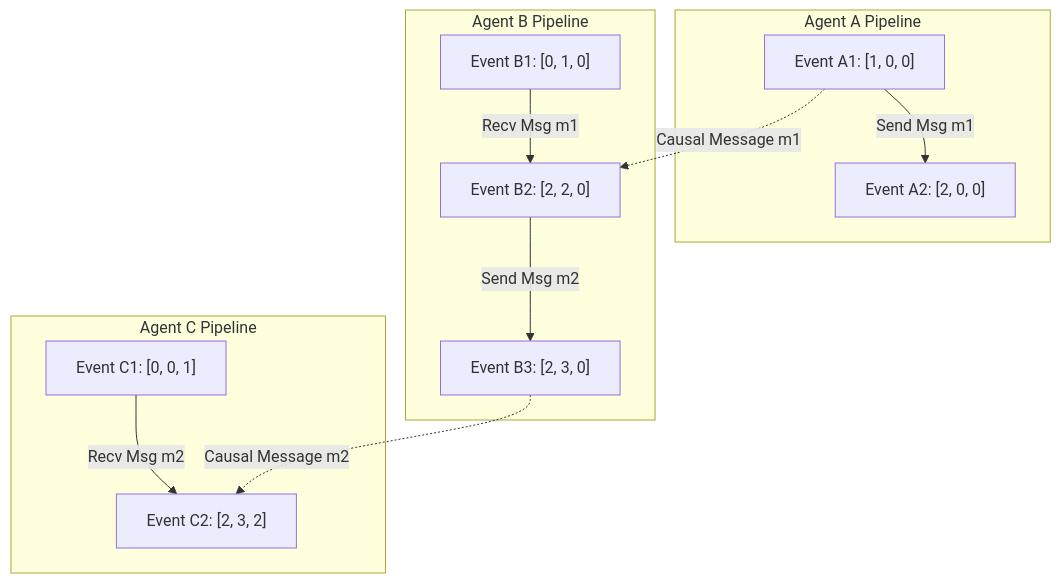
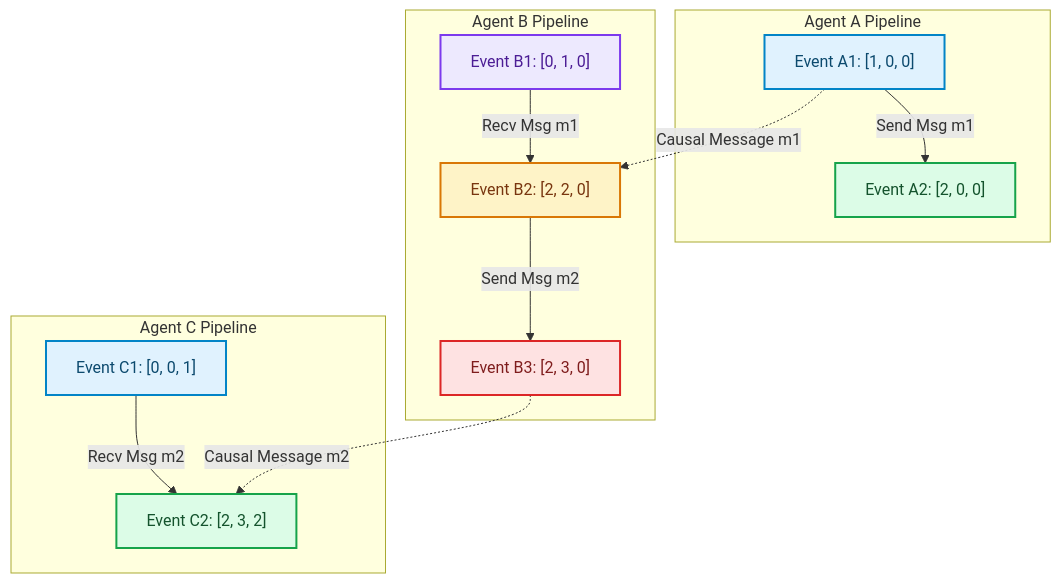
Before and after one commit to akmalkhaniub/akmalkhaniub.github.io: the diagram in blog/posts/vector-clocks-logical-time-asynchronous-multi-agent-trajectories.md, drawn with Mermaid. The commit also changed other lines of this file and 1291 other files, not shown here.

First line of the commit message:
feat(catalog): unique covers, scholarly references, and diagram palettes

````diff
--- a/blog/posts/vector-clocks-logical-time-asynchronous-multi-agent-trajectories.md
+++ b/blog/posts/vector-clocks-logical-time-asynchronous-multi-agent-trajectories.md
@@ -17,19 +17,30 @@
 ```mermaid
 flowchart TD
   subgraph SG1_AgentAPipeline ["Agent A Pipeline"]
     A1["Event A1: [1, 0, 0]"] -->|Send Msg m1| A2["Event A2: [2, 0, 0]"]
   end
   
   subgraph SG2_AgentBPipeline ["Agent B Pipeline"]
     B1["Event B1: [0, 1, 0]"] -->|Recv Msg m1| B2["Event B2: [2, 2, 0]"]
     B2 -->|Send Msg m2| B3["Event B3: [2, 3, 0]"]
   end
   
   subgraph SG3_AgentCPipeline ["Agent C Pipeline"]
     C1["Event C1: [0, 0, 1]"]
     C1 -->|Recv Msg m2| C2["Event C2: [2, 3, 2]"]
   end
   
   A1 -.->|Causal Message m1| B2
   B3 -.->|Causal Message m2| C2
+
+classDef green fill:#dcfce7,stroke:#16a34a,stroke-width:2px,color:#14532d;
+classDef red fill:#fee2e2,stroke:#dc2626,stroke-width:2px,color:#7f1d1d;
+classDef blue fill:#e0f2fe,stroke:#0284c7,stroke-width:2px,color:#0c4a6e;
+classDef yellow fill:#fef3c7,stroke:#d97706,stroke-width:2px,color:#78350f;
+classDef purple fill:#ede9fe,stroke:#7c3aed,stroke-width:2px,color:#4c1d95;
+class A1,C1 blue
+class A2,C2 green
+class B1 purple
+class B2 yellow
+class B3 red
 ```
````
